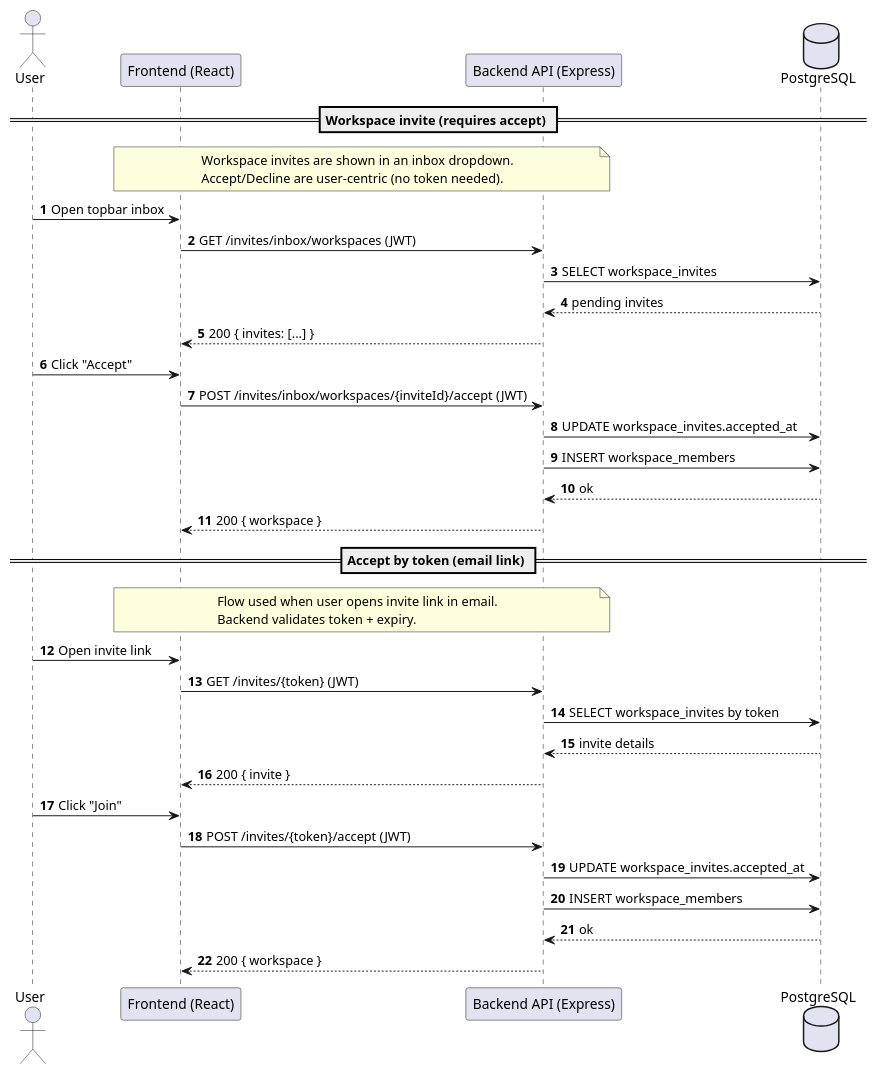
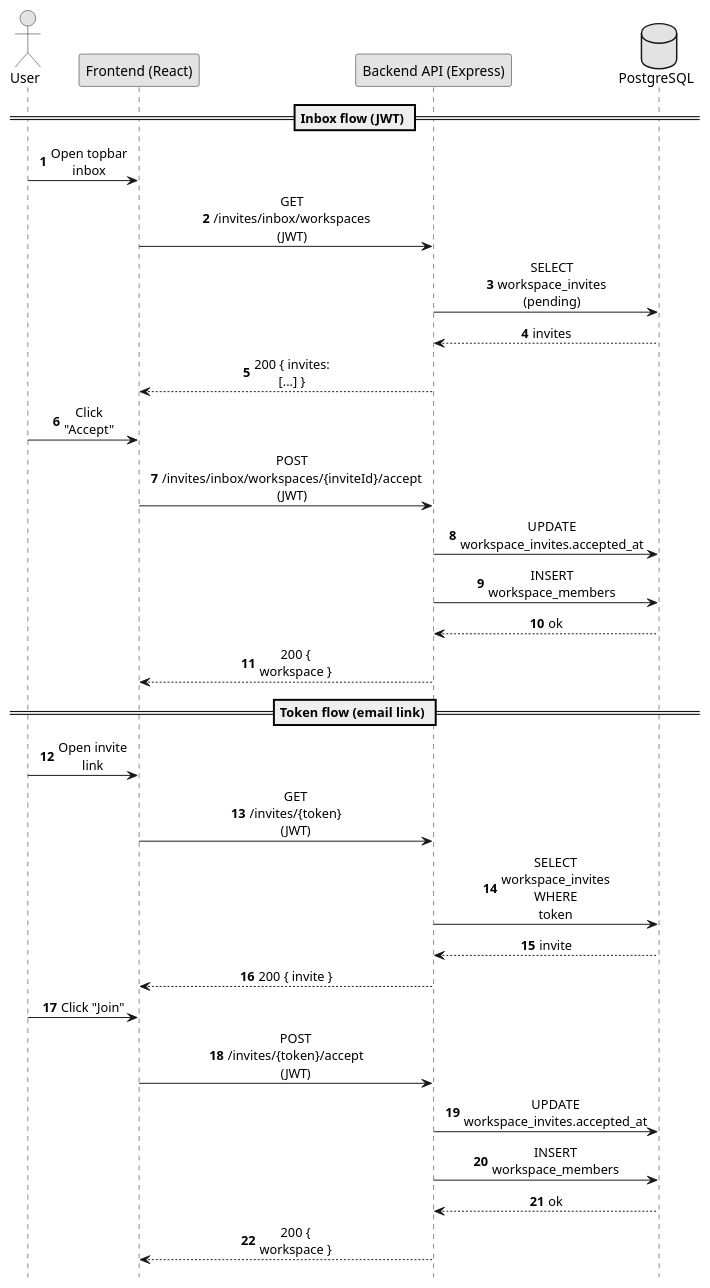
The third of 9 diagrams in docs/diagrams/sequence-diagram.md (tvquang0511/TeamHub), drawn with PlantUML before and after one commit. The commit also changed other lines of this file and 13 other files, not shown here.

Commit message:
add sequence diagrams

````diff
--- a/docs/diagrams/sequence-diagram.md
+++ b/docs/diagrams/sequence-diagram.md
@@ -41,47 +137,47 @@
 ```plantuml
 @startuml
+!pragma teoz true
 autonumber
+hide footbox
+
+skinparam shadowing false
+skinparam monochrome true
+skinparam sequenceMessageAlign center
+skinparam ParticipantPadding 18
+skinparam BoxPadding 14
+skinparam maxMessageSize 80
+
 actor "User" as U
 participant "Frontend (React)" as FE
 participant "Backend API (Express)" as API
 database "PostgreSQL" as DB
 
-== Workspace invite (requires accept) ==
-note over FE,API
-Workspace invites are shown in an inbox dropdown.
-Accept/Decline are user-centric (no token needed).
-end note
-
+== Inbox flow (JWT) ==
 U -> FE: Open topbar inbox
 FE -> API: GET /invites/inbox/workspaces (JWT)
-API -> DB: SELECT workspace_invites
-DB --> API: pending invites
+API -> DB: SELECT workspace_invites (pending)
+DB --> API: invites
 API --> FE: 200 { invites: [...] }
 
 U -> FE: Click "Accept"
 FE -> API: POST /invites/inbox/workspaces/{inviteId}/accept (JWT)
 API -> DB: UPDATE workspace_invites.accepted_at
 API -> DB: INSERT workspace_members
 DB --> API: ok
 API --> FE: 200 { workspace }
 
-== Accept by token (email link) ==
-note over FE,API
-Flow used when user opens invite link in email.
-Backend validates token + expiry.
-end note
-
+== Token flow (email link) ==
 U -> FE: Open invite link
 FE -> API: GET /invites/{token} (JWT)
-API -> DB: SELECT workspace_invites by token
-DB --> API: invite details
+API -> DB: SELECT workspace_invites WHERE token
+DB --> API: invite
 API --> FE: 200 { invite }
 
 U -> FE: Click "Join"
 FE -> API: POST /invites/{token}/accept (JWT)
 API -> DB: UPDATE workspace_invites.accepted_at
 API -> DB: INSERT workspace_members
 DB --> API: ok
 API --> FE: 200 { workspace }
 @enduml
 ```
````
